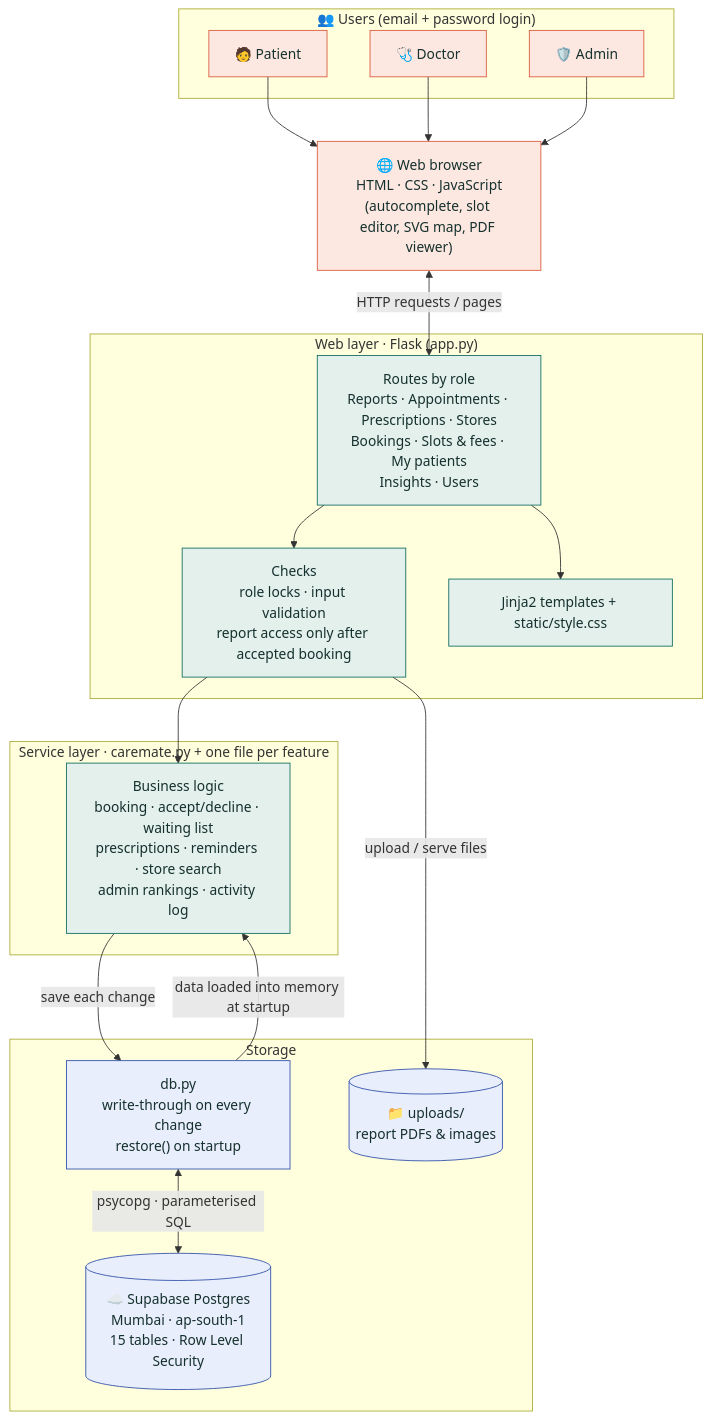
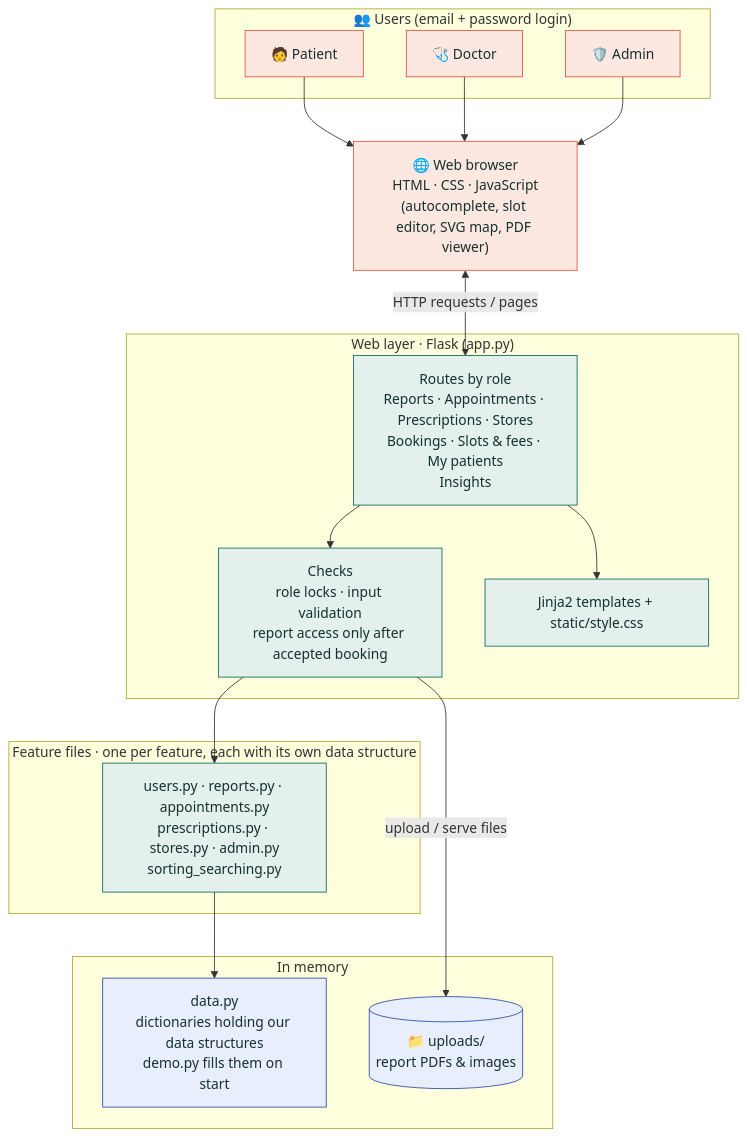
The diagram in README.md (siddhantsancheti/CareMate), drawn with Mermaid before and after one commit. The commit also changed other lines of this file and 19 other files, not shown here.

Commit message:
Simplify the app: in-memory data, plain functions per feature, fixed slot grid, no admin user management

````diff
--- a/README.md
+++ b/README.md
@@ -71,48 +70,44 @@
 ```mermaid
 flowchart TB
     %% ---------- Users ----------
     subgraph Users["👥 Users (email + password login)"]
         P["🧑 Patient"]
         D["🩺 Doctor"]
         A["🛡️ Admin"]
     end
 
     Browser["🌐 Web browser<br/>HTML · CSS · JavaScript<br/>(autocomplete, slot editor, SVG map, PDF viewer)"]
     P --> Browser
     D --> Browser
     A --> Browser
 
     %% ---------- Web layer ----------
     subgraph Web["Web layer · Flask (app.py)"]
-        Routes["Routes by role<br/>Reports · Appointments · Prescriptions · Stores<br/>Bookings · Slots & fees · My patients<br/>Insights · Users"]
+        Routes["Routes by role<br/>Reports · Appointments · Prescriptions · Stores<br/>Bookings · Slots & fees · My patients<br/>Insights"]
         Guard["Checks<br/>role locks · input validation<br/>report access only after accepted booking"]
         Tpl["Jinja2 templates + static/style.css"]
         Routes --> Guard
         Routes --> Tpl
     end
     Browser <-->|"HTTP requests / pages"| Routes
 
-    %% ---------- Service layer ----------
-    subgraph Service["Service layer · caremate.py + one file per feature"]
-        Logic["Business logic<br/>booking · accept/decline · waiting list<br/>prescriptions · reminders · store search<br/>admin rankings · activity log"]
+    %% ---------- Feature files ----------
+    subgraph Service["Feature files · one per feature, each with its own data structure"]
+        Logic["users.py · reports.py · appointments.py<br/>prescriptions.py · stores.py · admin.py<br/>sorting_searching.py"]
     end
     Guard --> Logic
 
-    %% ---------- Storage ----------
-    subgraph Storage["Storage"]
-        DB["db.py<br/>write-through on every change<br/>restore() on startup"]
-        SB[("☁️ Supabase Postgres<br/>Mumbai · ap-south-1<br/>15 tables · Row Level Security")]
+    subgraph Storage["In memory"]
+        Data["data.py<br/>dictionaries holding our data structures<br/>demo.py fills them on start"]
         Files[("📁 uploads/<br/>report PDFs & images")]
-        DB <-->|"psycopg · parameterised SQL"| SB
     end
-    Logic -->|"save each change"| DB
-    DB -->|"data loaded into memory at startup"| Logic
+    Logic --> Data
     Guard -->|"upload / serve files"| Files
 
     classDef user fill:#fde8e1,stroke:#d9583b,color:#15302d
     classDef web fill:#e3f0ec,stroke:#0e6b5f,color:#15302d
     classDef store fill:#e8eefc,stroke:#2f4fa8,color:#15302d
     class P,D,A,Browser user
     class Routes,Guard,Tpl,Logic web
-    class DB,SB,Files store
+    class Data,Files store
 ```
````
